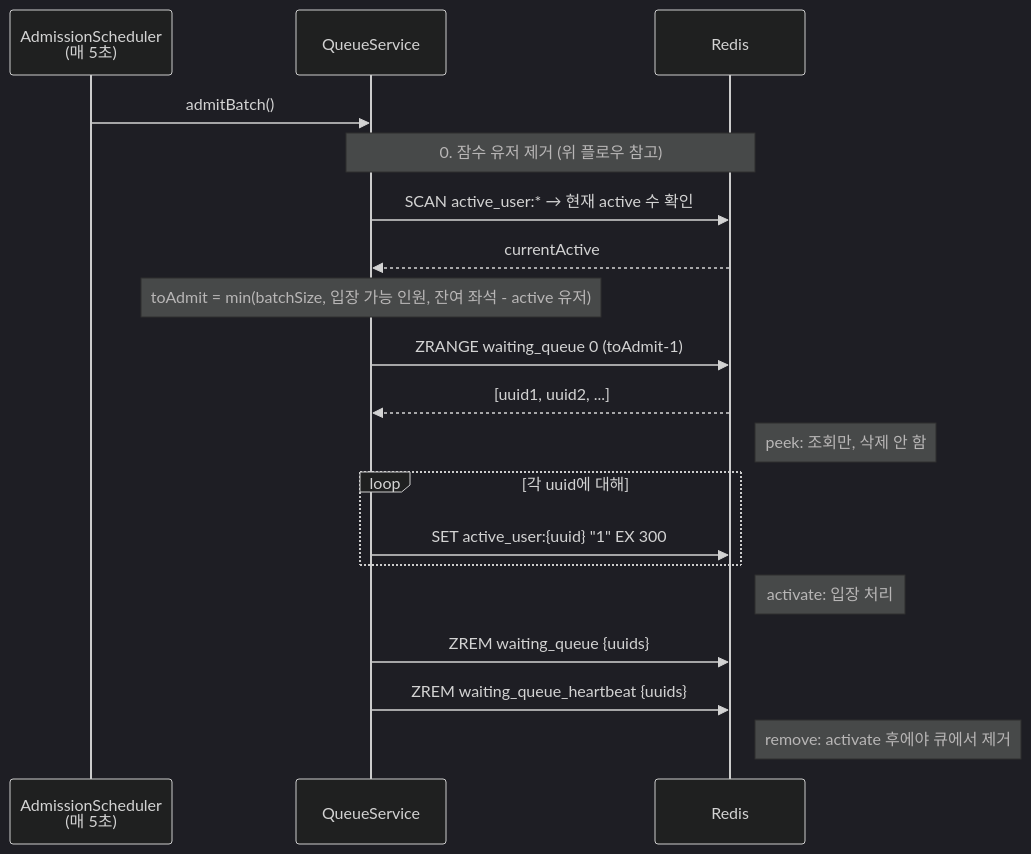
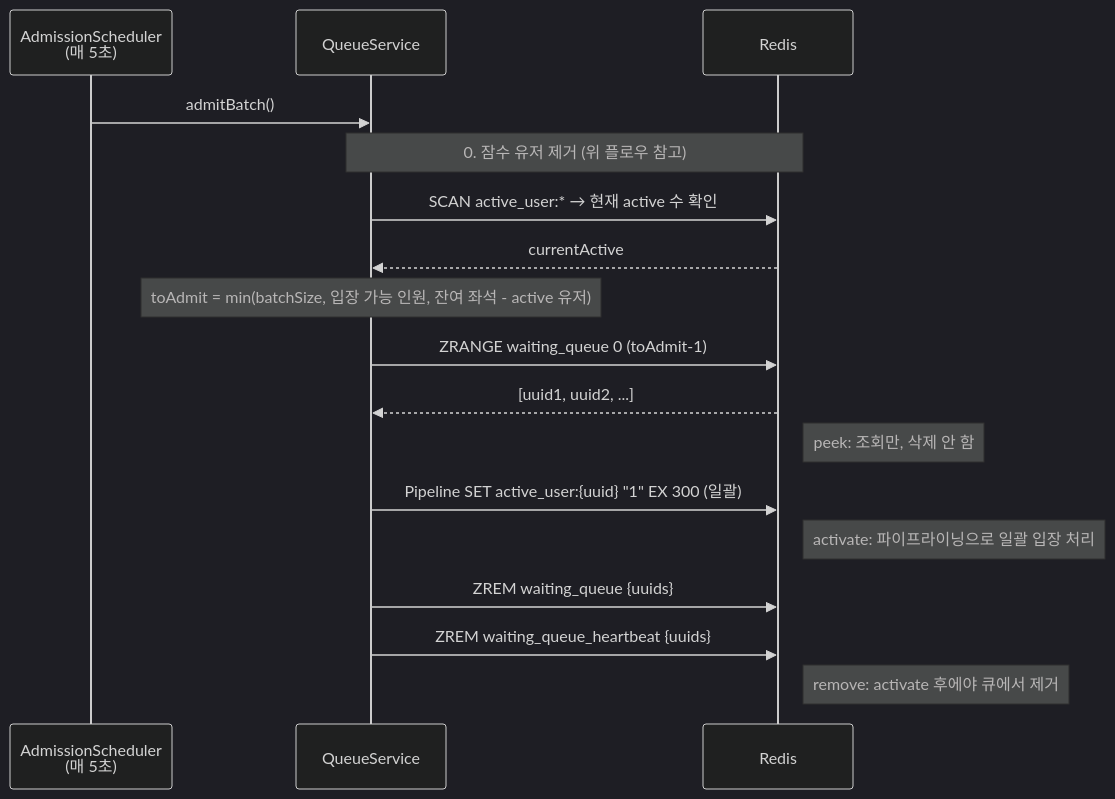
One commit to irnd04/zticket changed the fourth of 7 diagrams in README.md. Above: the diagram before and after it, drawn with Mermaid (dark theme). The commit also changed other lines of this file and 8 other files, not shown here.

````diff
--- a/README.md
+++ b/README.md
@@ -128,28 +128,26 @@
 ```mermaid
 sequenceDiagram
     participant S as AdmissionScheduler<br/>(매 5초)
     participant Q as QueueService
     participant R as Redis
 
     S->>Q: admitBatch()
 
     Note over Q,R: 0. 잠수 유저 제거 (위 플로우 참고)
 
     Q->>R: SCAN active_user:* → 현재 active 수 확인
     R-->>Q: currentActive
 
     Note over Q: toAdmit = min(batchSize, 입장 가능 인원, 잔여 좌석 - active 유저)
 
     Q->>R: ZRANGE waiting_queue 0 (toAdmit-1)
     R-->>Q: [uuid1, uuid2, ...]
     Note right of R: peek: 조회만, 삭제 안 함
 
-    loop 각 uuid에 대해
-        Q->>R: SET active_user:{uuid} "1" EX 300
-    end
-    Note right of R: activate: 입장 처리
+    Q->>R: Pipeline SET active_user:{uuid} "1" EX 300 (일괄)
+    Note right of R: activate: 파이프라이닝으로 일괄 입장 처리
 
     Q->>R: ZREM waiting_queue {uuids}
     Q->>R: ZREM waiting_queue_heartbeat {uuids}
     Note right of R: remove: activate 후에야 큐에서 제거
 ```
````
